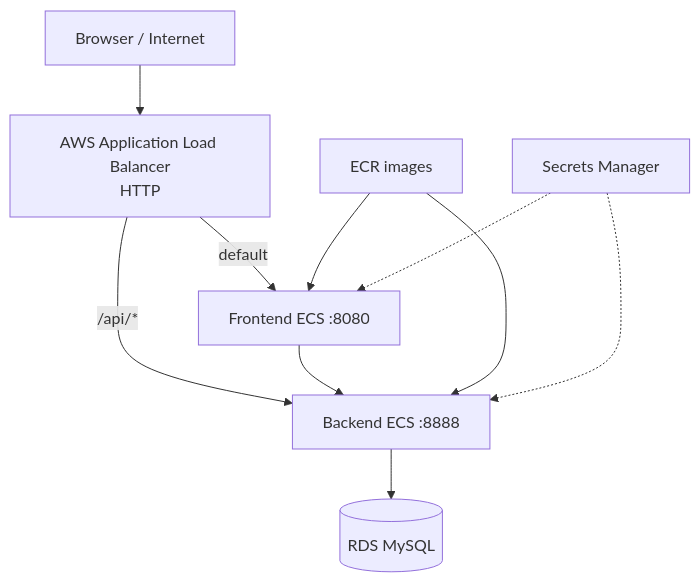
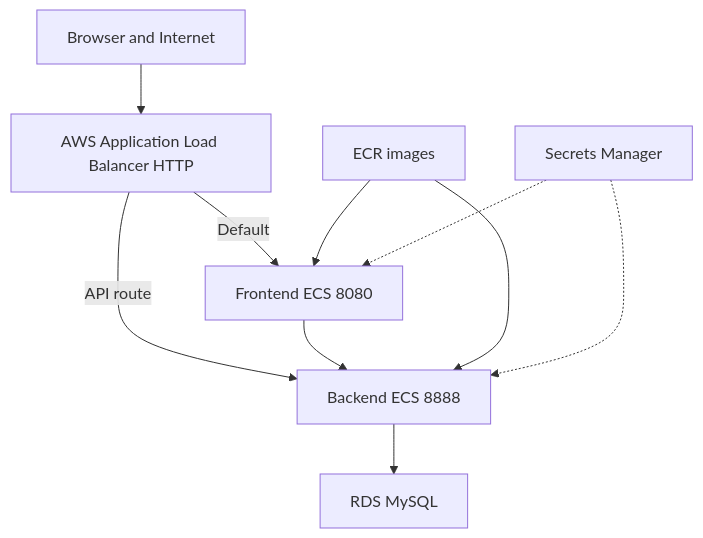
The diagram in content/5-Workshop/5.1-Workshop-overview/_index.en.md (L1nkinPark/EduFlowPlatform), drawn with Mermaid before and after one commit. The commit also changed 5 other files, not shown here.

````diff
--- a/content/5-Workshop/5.1-Workshop-overview/_index.en.md
+++ b/content/5-Workshop/5.1-Workshop-overview/_index.en.md
@@ -16,12 +16,12 @@
 ```mermaid
-flowchart TB
-    Internet["Browser / Internet"] --> ALB["AWS Application Load Balancer\nHTTP"]
-    ALB -->|"default"| FE["Frontend ECS :8080"]
-    ALB -->|"/api/*"| BE["Backend ECS :8888"]
+graph TB
+    Internet[Browser and Internet] --> ALB[AWS Application Load Balancer HTTP]
+    ALB -->|Default| FE[Frontend ECS 8080]
+    ALB -->|API route| BE[Backend ECS 8888]
     FE --> BE
-    BE --> DB[("RDS MySQL")]
-    ECR["ECR images"] --> FE
+    BE --> DB[RDS MySQL]
+    ECR[ECR images] --> FE
     ECR --> BE
-    SM["Secrets Manager"] -.-> FE
+    SM[Secrets Manager] -.-> FE
     SM -.-> BE
 ```
````
